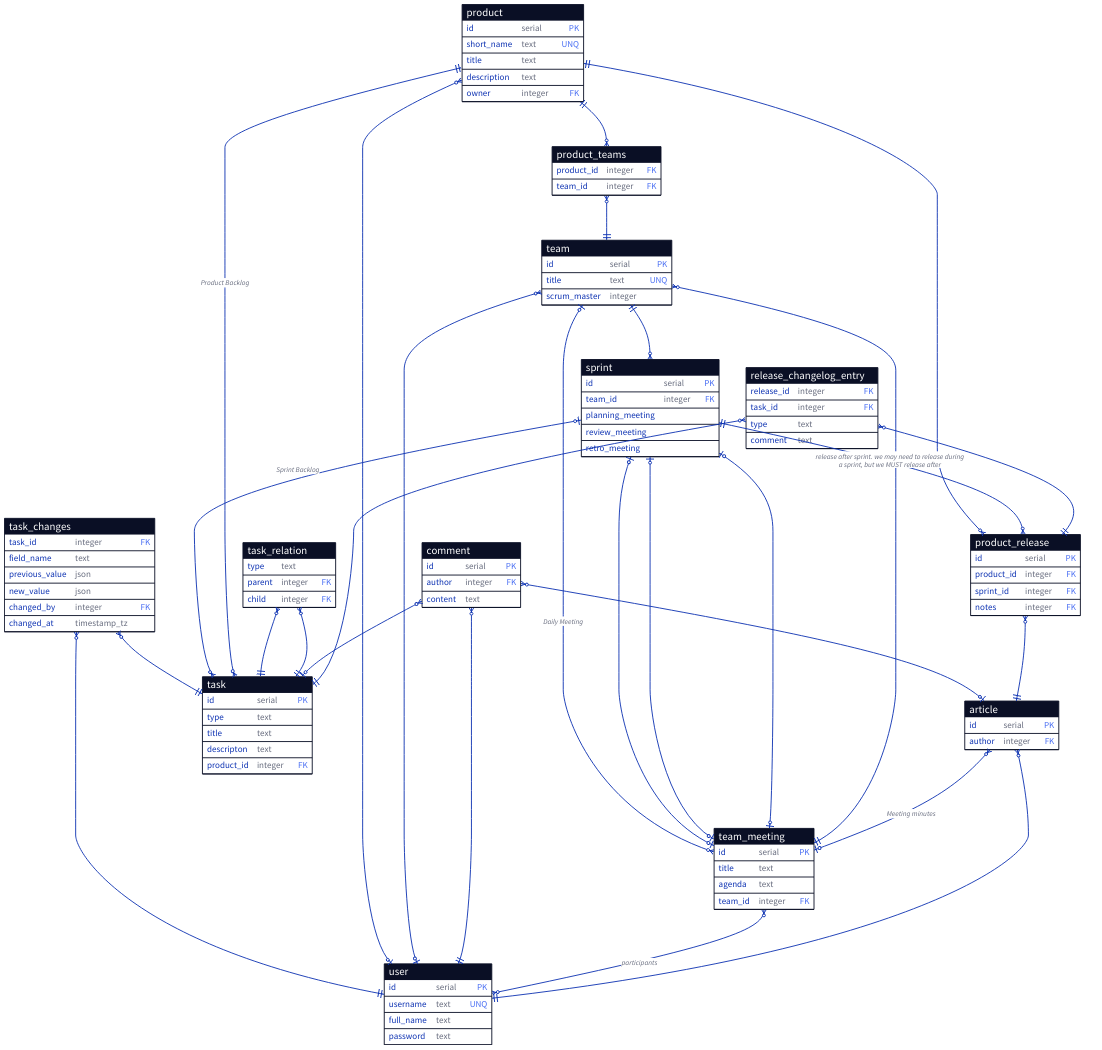
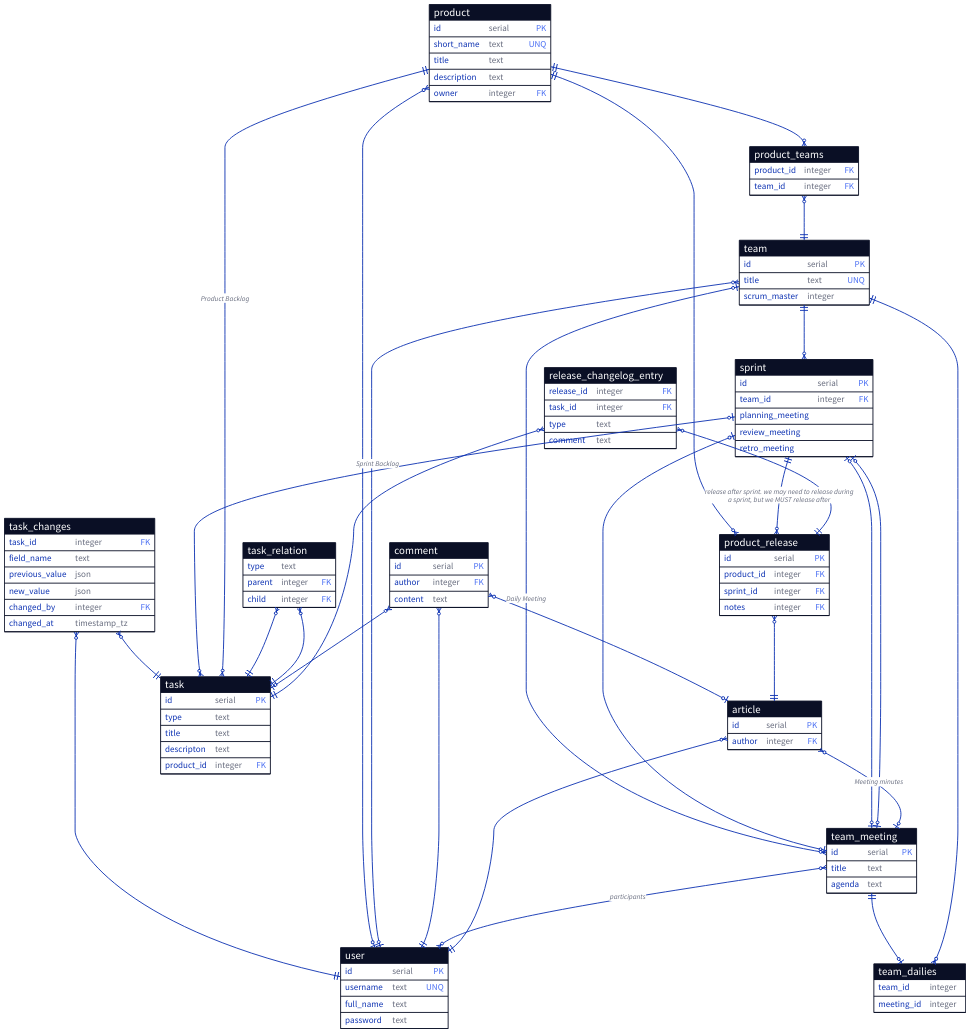
The diagram in srs/figures/datalogical.d2 (forafox/Zadachnik), drawn with D2 before and after one commit.

Commit message:
update dailies relation

```diff
--- a/srs/figures/datalogical.d2
+++ b/srs/figures/datalogical.d2
@@ -40,7 +40,6 @@
   id: serial {constraint: primary_key}
   title: text
   agenda: text
-  team_id: integer {constraint: foreign_key}
 }
 
 article: {
@@ -130,14 +129,31 @@
   }
 }
 
-team <-> team_meeting.team_id: {
+team_dailies: {
+  shape: sql_table
+  team_id: integer
+  meeting_id: integer
+}
+
+team <-> team_dailies.team_id: {
   source-arrowhead: {
+    shape: cf-one-required
+  }
+  target-arrowhead: {
     shape: cf-many
   }
-  target-arrowhead: {
+}
+
+team_meeting <-> team_dailies.meeting_id: {
+  source-arrowhead: {
     shape: cf-one-required
   }
+  target-arrowhead: {
+    shape: cf-one
+  }
 }
+
+
 
 sprint.planning_meeting <-> team_meeting: {
   source-arrowhead: {
```
